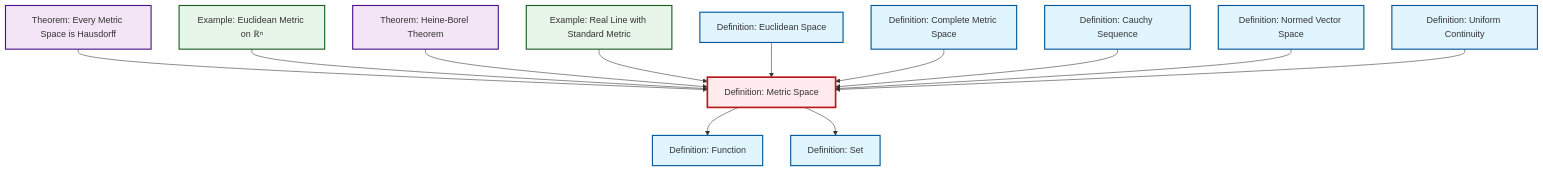
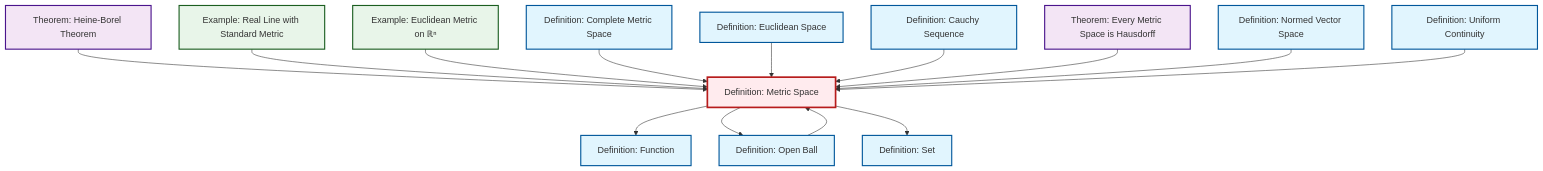
One commit to RK0429/ModernMath changed the diagram in content/en/analysis/def-metric-space.qmd. Above: the diagram before and after it, drawn with Mermaid. The commit also changed 1069 other files, not shown here.

````diff
--- a/content/en/analysis/def-metric-space.qmd
+++ b/content/en/analysis/def-metric-space.qmd
@@ -53,44 +53,48 @@
 ```{mermaid}
 %%| fig-cap: "Local dependency graph"
 graph TD
     classDef definition fill:#e1f5fe,stroke:#01579b,stroke-width:2px
     classDef theorem fill:#f3e5f5,stroke:#4a148c,stroke-width:2px
     classDef axiom fill:#fff3e0,stroke:#e65100,stroke-width:2px
     classDef example fill:#e8f5e9,stroke:#1b5e20,stroke-width:2px
     classDef current fill:#ffebee,stroke:#b71c1c,stroke-width:3px
-    def-euclidean-space["Definition: Euclidean Space"]:::definition
+    thm-metric-hausdorff["Theorem: Every Metric Space is Hausdorff"]:::theorem
     def-set["Definition: Set"]:::definition
-    def-metric-space["Definition: Metric Space"]:::definition
+    def-uniform-continuity["Definition: Uniform Continuity"]:::definition
     ex-euclidean-metric["Example: Euclidean Metric on ℝⁿ"]:::example
-    def-normed-vector-space["Definition: Normed Vector Space"]:::definition
-    def-cauchy-sequence["Definition: Cauchy Sequence"]:::definition
-    def-complete-metric-space["Definition: Complete Metric Space"]:::definition
-    thm-heine-borel["Theorem: Heine-Borel Theorem"]:::theorem
     def-function["Definition: Function"]:::definition
     ex-real-line-metric["Example: Real Line with Standard Metric"]:::example
-    thm-metric-hausdorff["Theorem: Every Metric Space is Hausdorff"]:::theorem
-    def-uniform-continuity["Definition: Uniform Continuity"]:::definition
+    def-cauchy-sequence["Definition: Cauchy Sequence"]:::definition
+    def-metric-space["Definition: Metric Space"]:::definition
+    def-complete-metric-space["Definition: Complete Metric Space"]:::definition
+    def-normed-vector-space["Definition: Normed Vector Space"]:::definition
+    def-open-ball["Definition: Open Ball"]:::definition
+    thm-heine-borel["Theorem: Heine-Borel Theorem"]:::theorem
+    def-euclidean-space["Definition: Euclidean Space"]:::definition
+    thm-heine-borel --> def-metric-space
+    ex-real-line-metric --> def-metric-space
+    ex-euclidean-metric --> def-metric-space
+    def-complete-metric-space --> def-metric-space
+    def-metric-space --> def-function
+    def-euclidean-space --> def-metric-space
+    def-cauchy-sequence --> def-metric-space
     thm-metric-hausdorff --> def-metric-space
-    ex-euclidean-metric --> def-metric-space
-    thm-heine-borel --> def-metric-space
-    def-metric-space --> def-function
-    ex-real-line-metric --> def-metric-space
-    def-metric-space --> def-set
-    def-euclidean-space --> def-metric-space
-    def-complete-metric-space --> def-metric-space
-    def-cauchy-sequence --> def-metric-space
     def-normed-vector-space --> def-metric-space
     def-uniform-continuity --> def-metric-space
+    def-open-ball --> def-metric-space
+    def-metric-space --> def-open-ball
+    def-metric-space --> def-set
     class def-metric-space current
-    click def-euclidean-space "def-euclidean-space.html" "Go to Euclidean Space definition"
+    click thm-metric-hausdorff "thm-metric-hausdorff.html" "Go to Every Metric Space is Hausdorff theorem"
     click def-set "def-set.html" "Go to Set definition"
+    click def-uniform-continuity "def-uniform-continuity.html" "Go to Uniform Continuity definition"
     click ex-euclidean-metric "ex-euclidean-metric.html" "Go to Euclidean Metric on ℝⁿ example"
-    click def-normed-vector-space "def-normed-vector-space.html" "Go to Normed Vector Space definition"
+    click def-function "def-function.html" "Go to Function definition"
+    click ex-real-line-metric "ex-real-line-metric.html" "Go to Real Line with Standard Metric example"
     click def-cauchy-sequence "def-cauchy-sequence.html" "Go to Cauchy Sequence definition"
     click def-complete-metric-space "def-complete-metric-space.html" "Go to Complete Metric Space definition"
+    click def-normed-vector-space "def-normed-vector-space.html" "Go to Normed Vector Space definition"
+    click def-open-ball "def-open-ball.html" "Go to Open Ball definition"
     click thm-heine-borel "thm-heine-borel.html" "Go to Heine-Borel Theorem theorem"
-    click def-function "def-function.html" "Go to Function definition"
-    click ex-real-line-metric "ex-real-line-metric.html" "Go to Real Line with Standard Metric example"
-    click thm-metric-hausdorff "thm-metric-hausdorff.html" "Go to Every Metric Space is Hausdorff theorem"
-    click def-uniform-continuity "def-uniform-continuity.html" "Go to Uniform Continuity definition"
+    click def-euclidean-space "def-euclidean-space.html" "Go to Euclidean Space definition"
 ```
````
